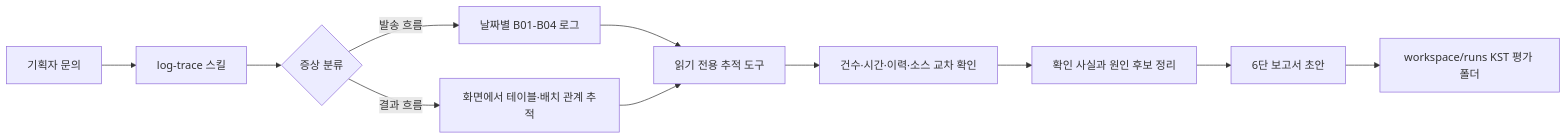
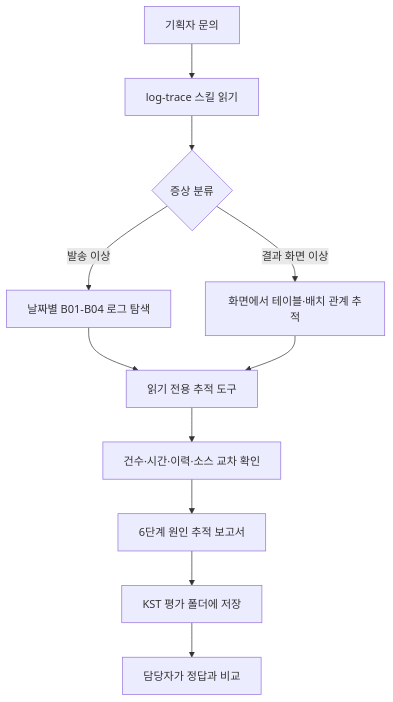
One commit to yejirhdwn/Agent-Build-and-Evaluation-Practice changed the diagram in README.md. Above: the diagram before and after it, drawn with Mermaid. The commit also changed other lines of this file, not shown here.

````diff
--- a/README.md
+++ b/README.md
@@ -11,13 +11,13 @@
 ```mermaid
-flowchart LR
-   Q[기획자 문의] --> S[log-trace 스킬]
-   S --> C{증상 분류}
-   C -->|발송 흐름| L[날짜별 B01-B04 로그]
-   C -->|결과 흐름| R[화면에서 테이블·배치 관계 추적]
-   L --> T[읽기 전용 추적 도구]
-   R --> T
-   T --> E[건수·시간·이력·소스 교차 확인]
-   E --> D[확인 사실과 원인 후보 정리]
-   D --> O[6단 보고서 초안]
-   O --> F[workspace/runs KST 평가 폴더]
+flowchart TD
+    Q[기획자 문의] --> S[log-trace 스킬 읽기]
+    S --> C{증상 분류}
+    C -->|발송 이상| L[날짜별 B01-B04 로그 탐색]
+    C -->|결과 화면 이상| R[화면에서 테이블·배치 관계 추적]
+    L --> T[읽기 전용 추적 도구]
+    R --> T
+    T --> X[건수·시간·이력·소스 교차 확인]
+    X --> O[6단계 원인 추적 보고서]
+    O --> W[KST 평가 폴더에 저장]
+    W --> H[담당자가 정답과 비교]
 ```
````
